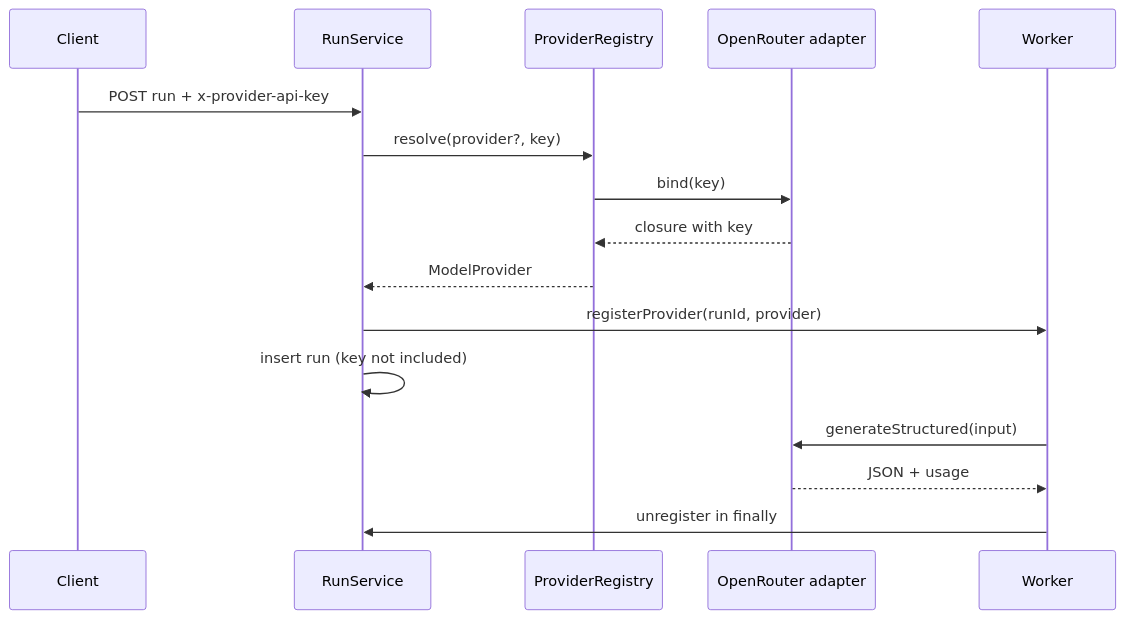
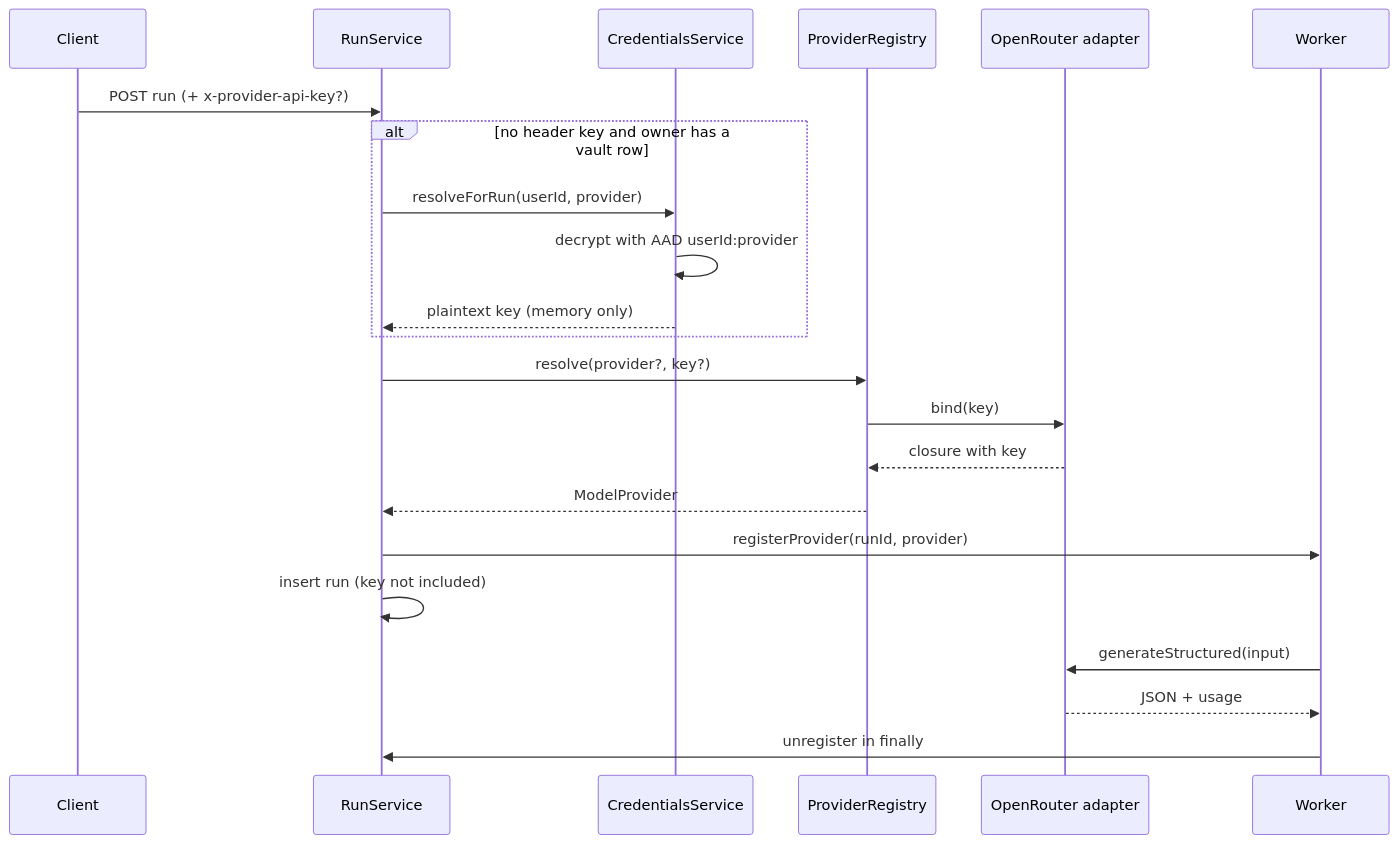
The diagram in backend-server/docs/Providers.md (yogimait/SDA_SystemDesignForAll), drawn with Mermaid before and after one commit. The commit also changed other lines of this file and 78 other files, not shown here.

````diff
--- a/backend-server/docs/Providers.md
+++ b/backend-server/docs/Providers.md
@@ -40,18 +40,24 @@
 ```mermaid
 sequenceDiagram
   participant C as Client
   participant API as RunService
+  participant V as CredentialsService
   participant REG as ProviderRegistry
   participant OR as OpenRouter adapter
   participant W as Worker
-  C->>API: POST run + x-provider-api-key
-  API->>REG: resolve(provider?, key)
+  C->>API: POST run (+ x-provider-api-key?)
+  alt no header key and owner has a vault row
+    API->>V: resolveForRun(userId, provider)
+    V->>V: decrypt with AAD userId:provider
+    V-->>API: plaintext key (memory only)
+  end
+  API->>REG: resolve(provider?, key?)
   REG->>OR: bind(key)
   OR-->>REG: closure with key
   REG-->>API: ModelProvider
   API->>W: registerProvider(runId, provider)
   API->>API: insert run (key not included)
   W->>OR: generateStructured(input)
   OR-->>W: JSON + usage
   W->>API: unregister in finally
 ```
````
